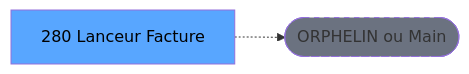
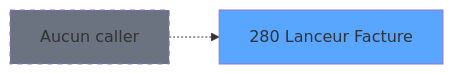
The second of 3 diagrams in .openspec/specs/ADH-IDE-280.md (thonyAGP/magic-migration), drawn with Mermaid before and after one commit. The commit also changed other lines of this file and 493 other files, not shown here.

````diff
--- a/.openspec/specs/ADH-IDE-280.md
+++ b/.openspec/specs/ADH-IDE-280.md
@@ -121,8 +126,8 @@
 ```mermaid
 graph LR
-    T[280 Lanceur Facture]
-    ORPHAN([ORPHELIN ou Main])
-    T -.-> ORPHAN
-    style T fill:#58a6ff,color:#000
-    style ORPHAN fill:#6b7280,stroke-dasharray: 5 5
+    T280[280 Lanceur Facture]
+    style T280 fill:#58a6ff
+    NONE[Aucun caller]
+    NONE -.-> T280
+    style NONE fill:#6b7280,stroke-dasharray: 5 5
 ```
````
